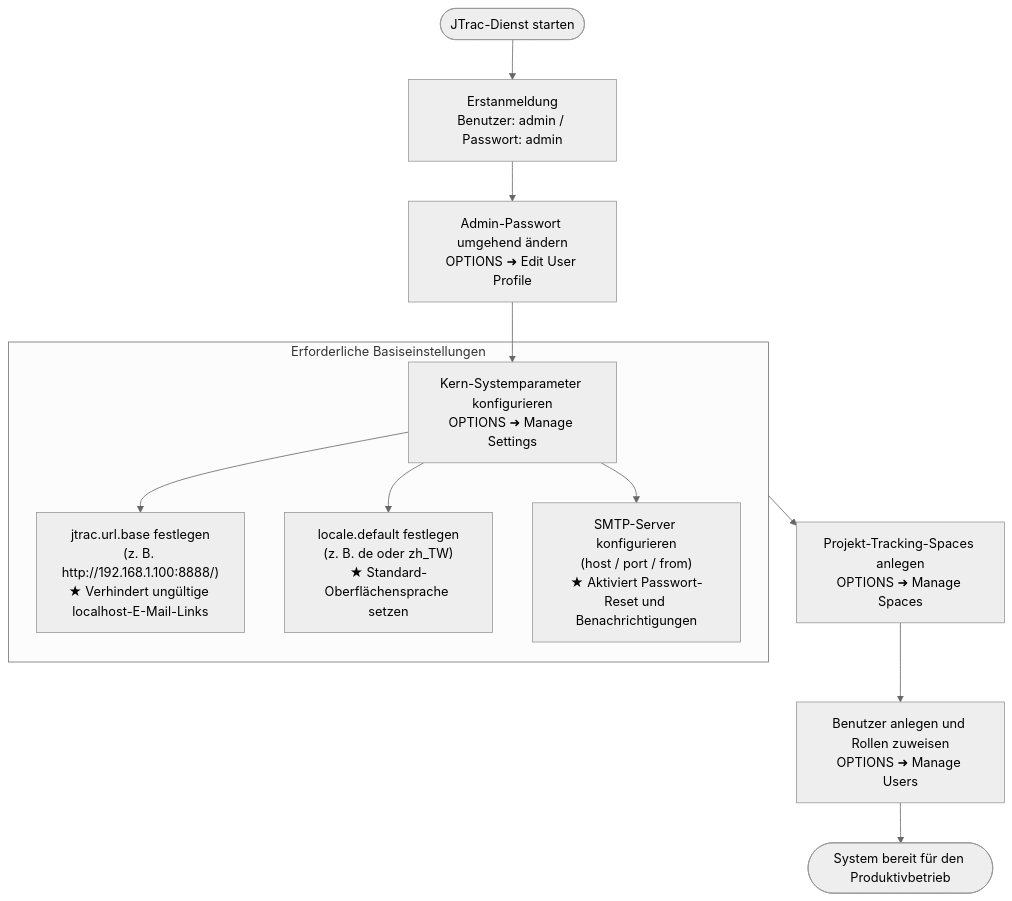
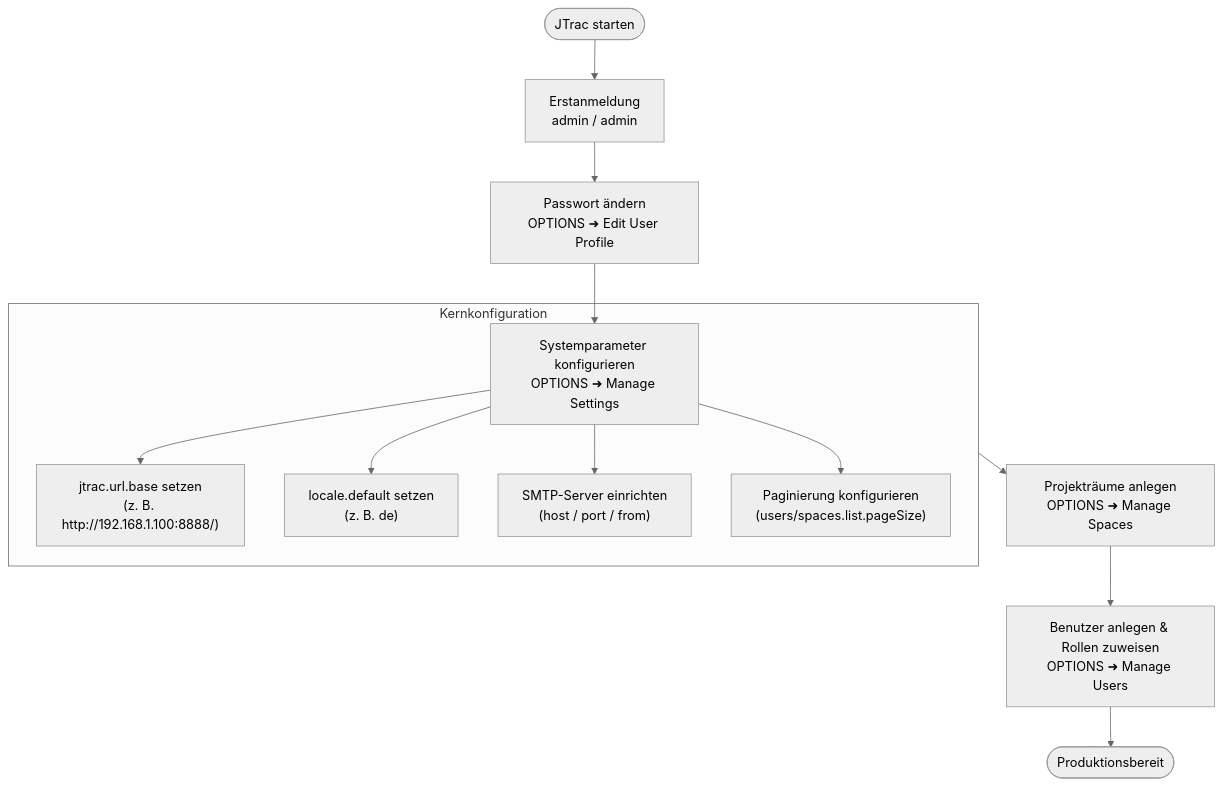
Before and after one commit to WilliamFromTW/jtrac: the diagram in docs/admin/ADMIN_GUIDE_de.md, drawn with Mermaid (neutral theme). The commit also changed other lines of this file and 57 other files, not shown here.

````diff
--- a/docs/admin/ADMIN_GUIDE_de.md
+++ b/docs/admin/ADMIN_GUIDE_de.md
@@ -84,16 +57,17 @@
 ```mermaid
 flowchart TD
-    Start([JTrac-Dienst starten]) --> Login[Erstanmeldung<br/>Benutzer: admin / Passwort: admin]
-    Login --> ChangePwd[Admin-Passwort umgehend ändern<br/>OPTIONS ➜ Edit User Profile]
-    ChangePwd --> ConfigSettings[Kern-Systemparameter konfigurieren<br/>OPTIONS ➜ Manage Settings]
+    Start([JTrac starten]) --> Login[Erstanmeldung<br/>admin / admin]
+    Login --> ChangePwd[Passwort ändern<br/>OPTIONS ➜ Edit User Profile]
+    ChangePwd --> ConfigSettings[Systemparameter konfigurieren<br/>OPTIONS ➜ Manage Settings]
     
-    subgraph CriticalSettings [Erforderliche Basiseinstellungen]
-        ConfigSettings --> SetUrlBase["jtrac.url.base festlegen<br/>(z. B. http://192.168.1.100:8888/)<br/>★ Verhindert ungültige localhost-E-Mail-Links"]
-        ConfigSettings --> SetLocale["locale.default festlegen<br/>(z. B. de oder zh_TW)<br/>★ Standard-Oberflächensprache setzen"]
-        ConfigSettings --> SetSMTP["SMTP-Server konfigurieren<br/>(host / port / from)<br/>★ Aktiviert Passwort-Reset und Benachrichtigungen"]
+    subgraph CriticalSettings [Kernkonfiguration]
+        ConfigSettings --> SetUrlBase["jtrac.url.base setzen<br/>(z. B. http://192.168.1.100:8888/)"]
+        ConfigSettings --> SetLocale["locale.default setzen<br/>(z. B. de)"]
+        ConfigSettings --> SetSMTP["SMTP-Server einrichten<br/>(host / port / from)"]
+        ConfigSettings --> SetPaging["Paginierung konfigurieren<br/>(users/spaces.list.pageSize)"]
     end
     
-    CriticalSettings --> CreateSpaces[Projekt-Tracking-Spaces anlegen<br/>OPTIONS ➜ Manage Spaces]
-    CreateSpaces --> CreateUsers[Benutzer anlegen und Rollen zuweisen<br/>OPTIONS ➜ Manage Users]
-    CreateUsers --> Finish([System bereit für den Produktivbetrieb])
+    CriticalSettings --> CreateSpaces[Projekträume anlegen<br/>OPTIONS ➜ Manage Spaces]
+    CreateSpaces --> CreateUsers[Benutzer anlegen & Rollen zuweisen<br/>OPTIONS ➜ Manage Users]
+    CreateUsers --> Finish([Produktionsbereit])
 ```
````
